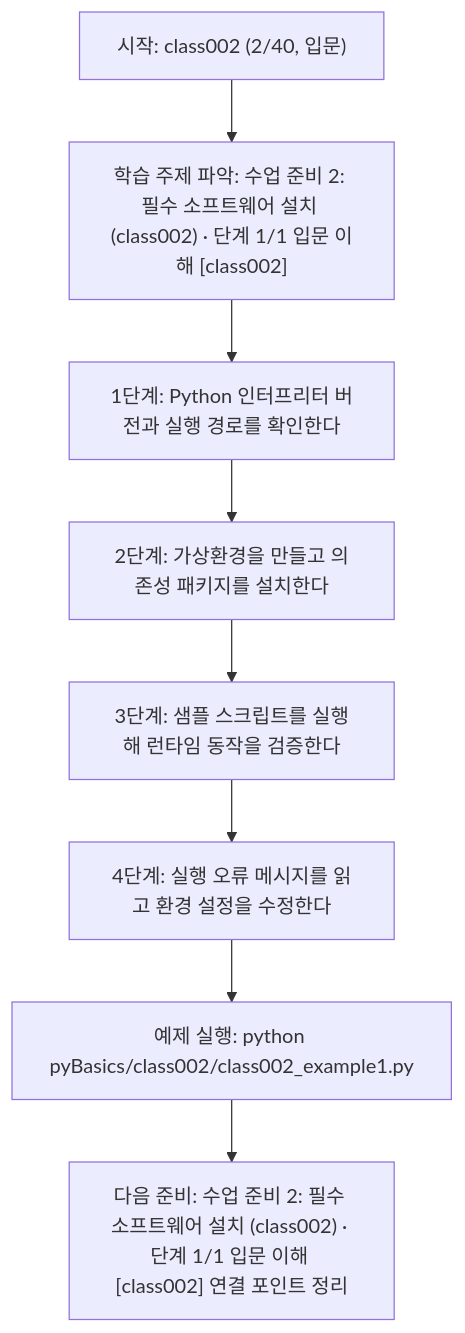
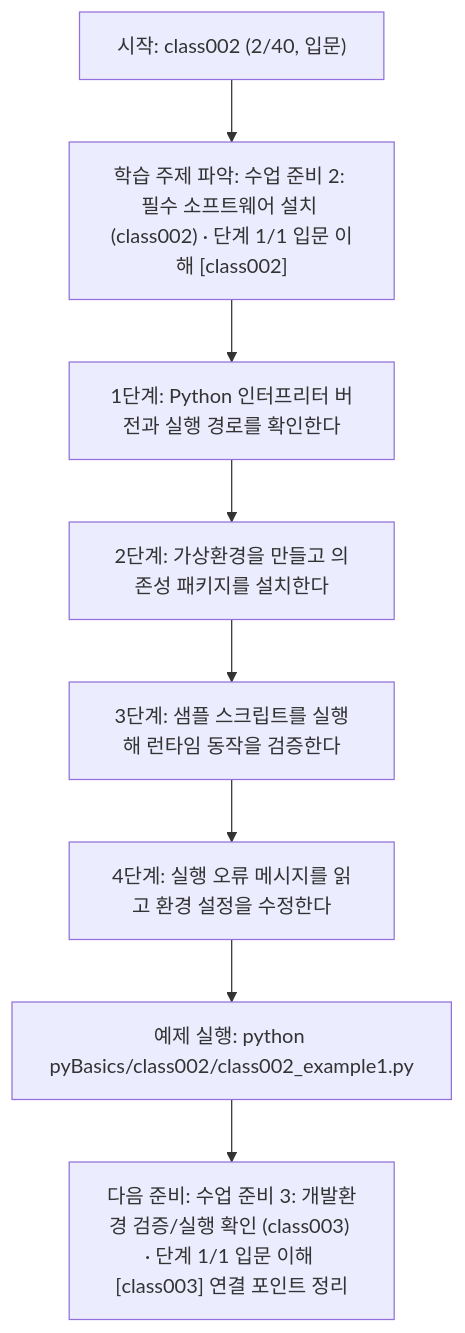
The diagram in pyBasics/class002/class002.md (edumgt/Python-AI_Agent-Class), drawn with Mermaid before and after one commit. The commit also changed other lines of this file and 2370 other files, not shown here.

````diff
--- a/pyBasics/class002/class002.md
+++ b/pyBasics/class002/class002.md
@@ -110,18 +91,18 @@
 ```mermaid
 flowchart TD
 N1["시작: class002 (2/40, 입문)"]
 N2["학습 주제 파악: 수업 준비 2: 필수 소프트웨어 설치 (class002) · 단계 1/1 입문 이해 [class002]"]
 N3["1단계: Python 인터프리터 버전과 실행 경로를 확인한다"]
 N4["2단계: 가상환경을 만들고 의존성 패키지를 설치한다"]
 N5["3단계: 샘플 스크립트를 실행해 런타임 동작을 검증한다"]
 N6["4단계: 실행 오류 메시지를 읽고 환경 설정을 수정한다"]
 N7["예제 실행: python pyBasics/class002/class002_example1.py"]
-N8["다음 준비: 수업 준비 2: 필수 소프트웨어 설치 (class002) · 단계 1/1 입문 이해 [class002] 연결 포인트 정리"]
+N8["다음 준비: 수업 준비 3: 개발환경 검증/실행 확인 (class003) · 단계 1/1 입문 이해 [class003] 연결 포인트 정리"]
 N1 --> N2
 N2 --> N3
 N3 --> N4
 N4 --> N5
 N5 --> N6
 N6 --> N7
 N7 --> N8
 ```
````
